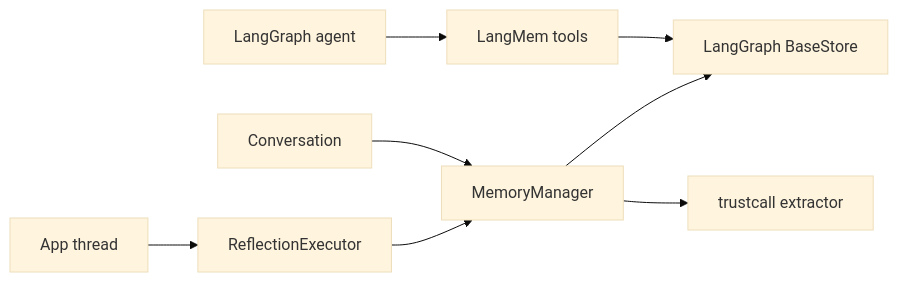
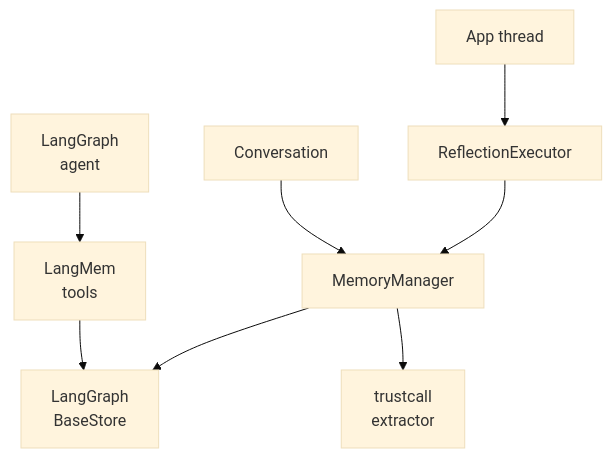
Before and after one commit to neoneye/agent-memory-atlas: the diagram in content/systems/langmem.md, drawn with Mermaid (base theme). The commit also changed 99 other files, not shown here.

First line of the commit message:
Reshape the remaining 49 diagrams so their labels are legible

````diff
--- a/content/systems/langmem.md
+++ b/content/systems/langmem.md
@@ -67,10 +67,10 @@
 ```mermaid
-flowchart LR
-  Agent["LangGraph agent"] --> Tools["LangMem tools"]
-  Tools --> Store["LangGraph BaseStore"]
+flowchart TD
+  Agent["LangGraph<br/>agent"] --> Tools["LangMem<br/>tools"]
+  Tools --> Store["LangGraph<br/>BaseStore"]
   Conversation["Conversation"] --> Manager["MemoryManager"]
-  Manager --> Trustcall["trustcall extractor"]
+  Manager --> Trustcall["trustcall<br/>extractor"]
   Manager --> Store
   App["App thread"] --> Reflection["ReflectionExecutor"]
   Reflection --> Manager
 ```
````
